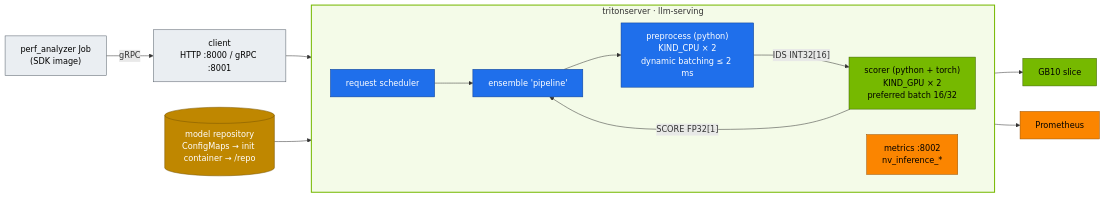
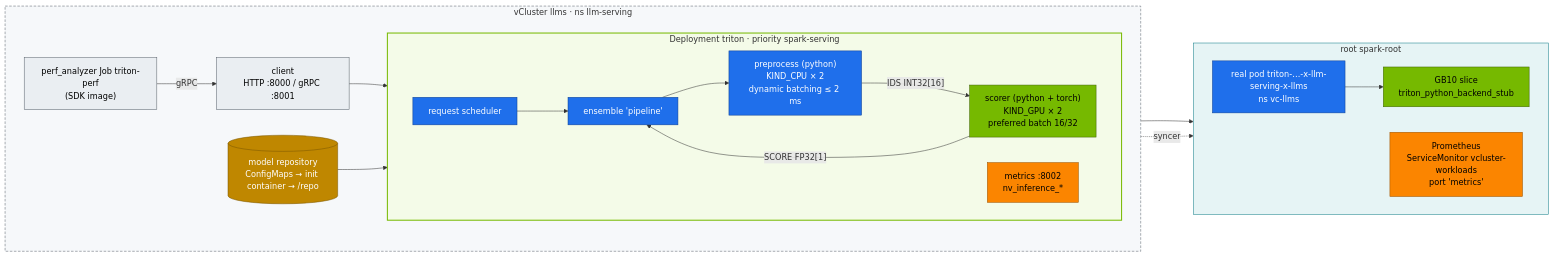
Before and after one commit to cloudone365/technical-depth: the diagram in 02 Kubernetes/22-nvidia-triton-inference-server.md, drawn with Mermaid. The commit also changed other lines of this file and 53 other files, not shown here.

````diff
--- a/02 Kubernetes/22-nvidia-triton-inference-server.md
+++ b/02 Kubernetes/22-nvidia-triton-inference-server.md
@@ -31,27 +34,38 @@
 ```mermaid
 flowchart LR
   C["client<br/>HTTP :8000 / gRPC :8001"] --> SCHED
-  subgraph TRITON["tritonserver · llm-serving"]
+  subgraph LLMS["vCluster llms · ns llm-serving"]
     direction LR
-    SCHED["request scheduler"] --> ENS["ensemble 'pipeline'"]
-    ENS --> P["preprocess (python)<br/>KIND_CPU × 2<br/>dynamic batching ≤ 2 ms"]
-    P -->|"IDS INT32[16]"| S["scorer (python + torch)<br/>KIND_GPU × 2<br/>preferred batch 16/32"]
-    S -->|"SCORE FP32[1]"| ENS
-    MET["metrics :8002<br/>nv_inference_*"]
+    subgraph TRITON["Deployment triton · priority spark-serving"]
+      direction LR
+      SCHED["request scheduler"] --> ENS["ensemble 'pipeline'"]
+      ENS --> P["preprocess (python)<br/>KIND_CPU × 2<br/>dynamic batching ≤ 2 ms"]
+      P -->|"IDS INT32[16]"| S["scorer (python + torch)<br/>KIND_GPU × 2<br/>preferred batch 16/32"]
+      S -->|"SCORE FP32[1]"| ENS
+      MET["metrics :8002<br/>nv_inference_*"]
+    end
+    REPO[("model repository<br/>ConfigMaps → init container → /repo")] --> TRITON
+    PA["perf_analyzer Job triton-perf<br/>(SDK image)"] -->|gRPC| C
   end
-  REPO[("model repository<br/>ConfigMaps → init container → /repo")] --> TRITON
-  S --> GPU["GB10 slice"]
-  MET --> PROM["Prometheus"]
-  PA["perf_analyzer Job<br/>(SDK image)"] -->|gRPC| C
+  subgraph ROOT["root spark-root"]
+    direction LR
+    HP["real pod triton-…-x-llm-serving-x-llms<br/>ns vc-llms"]
+    GPU["GB10 slice<br/>triton_python_backend_stub"]
+    PROM["Prometheus<br/>ServiceMonitor vcluster-workloads<br/>port 'metrics'"]
+  end
+  TRITON -. "syncer" .-> HP --> GPU
+  MET --> PROM
   classDef gpu fill:#76b900,stroke:#3d6000,color:#000
   classDef ctrl fill:#1f6feb,stroke:#0b3d91,color:#fff
   classDef store fill:#bf8700,stroke:#7a5600,color:#fff
   classDef obs fill:#fb8500,stroke:#9a5200,color:#000
   classDef tenant fill:#eaeef2,stroke:#57606a,color:#000
   class S,GPU gpu
-  class SCHED,ENS,P ctrl
+  class SCHED,ENS,P,HP ctrl
   class REPO store
   class MET,PROM obs
   class C,PA tenant
   style TRITON fill:#f4fbe8,stroke:#76b900,stroke-width:2px
+  style LLMS fill:#f6f8fa,stroke:#57606a,stroke-dasharray:5 3
+  style ROOT fill:#e6f4f5,stroke:#0e7c86
 ```
````
